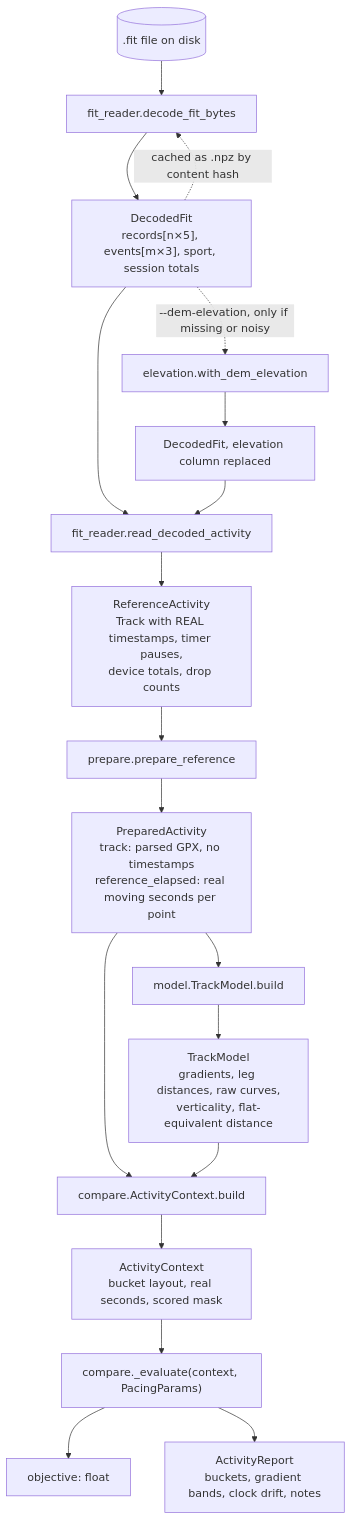
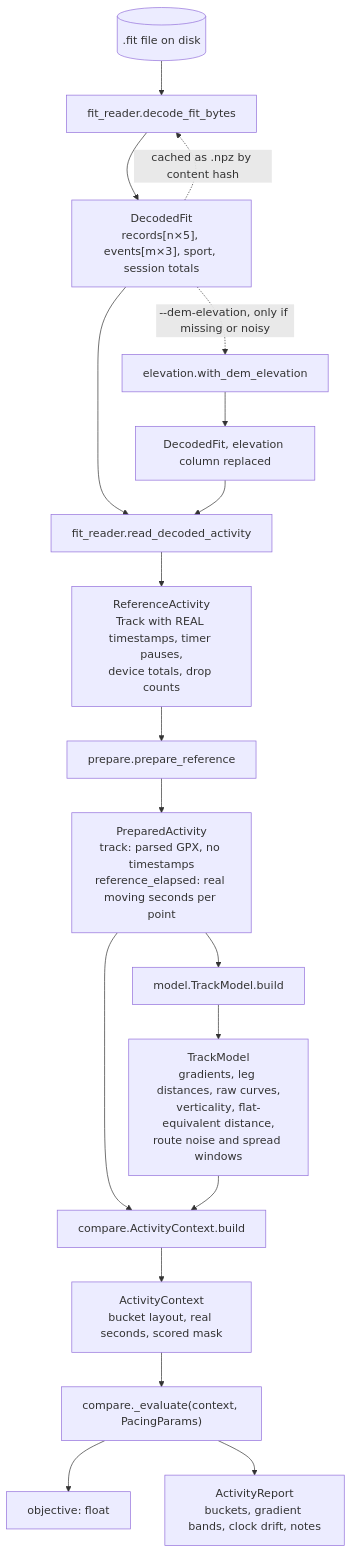
Before and after one commit to martin-iflap/GPX_to_FIT: the second of 16 diagrams in docs/TUNING_ARCHITECTURE.md, drawn with Mermaid. The commit also changed other lines of this file and 9 other files, not shown here.

````diff
--- a/docs/TUNING_ARCHITECTURE.md
+++ b/docs/TUNING_ARCHITECTURE.md
@@ -133,21 +133,21 @@
 ```mermaid
 flowchart TD
   file[(".fit file on disk")] --> dfb["fit_reader.decode_fit_bytes"]
   dfb --> DF["DecodedFit<br/>records[n×5], events[m×3], sport, session totals"]
   DF -. "cached as .npz by content hash" .-> dfb
   DF -. "--dem-elevation, only if missing or noisy" .-> wde["elevation.with_dem_elevation"]
   wde --> DF2["DecodedFit, elevation column replaced"]
   DF --> rda["fit_reader.read_decoded_activity"]
   DF2 --> rda
   rda --> RA["ReferenceActivity<br/>Track with REAL timestamps, timer pauses,<br/>device totals, drop counts"]
   RA --> pr["prepare.prepare_reference"]
   pr --> PA["PreparedActivity<br/>track: parsed GPX, no timestamps<br/>reference_elapsed: real moving seconds per point"]
   PA --> tmb["model.TrackModel.build"]
-  tmb --> TM["TrackModel<br/>gradients, leg distances, raw curves,<br/>verticality, flat-equivalent distance"]
+  tmb --> TM["TrackModel<br/>gradients, leg distances, raw curves,<br/>verticality, flat-equivalent distance,<br/>route noise and spread windows"]
   PA --> acb["compare.ActivityContext.build"]
   TM --> acb
   acb --> AC["ActivityContext<br/>bucket layout, real seconds, scored mask"]
   AC --> ev["compare._evaluate(context, PacingParams)"]
   ev --> OBJ["objective: float"]
   ev --> AR["ActivityReport<br/>buckets, gradient bands, clock drift, notes"]
 ```
````
